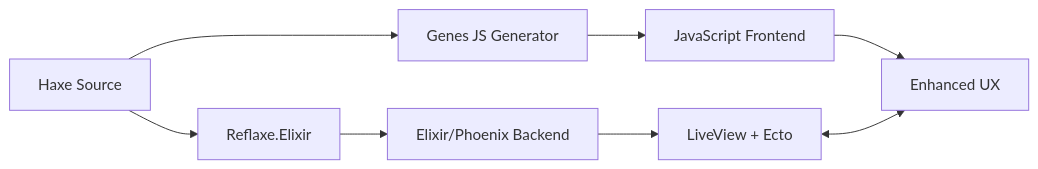
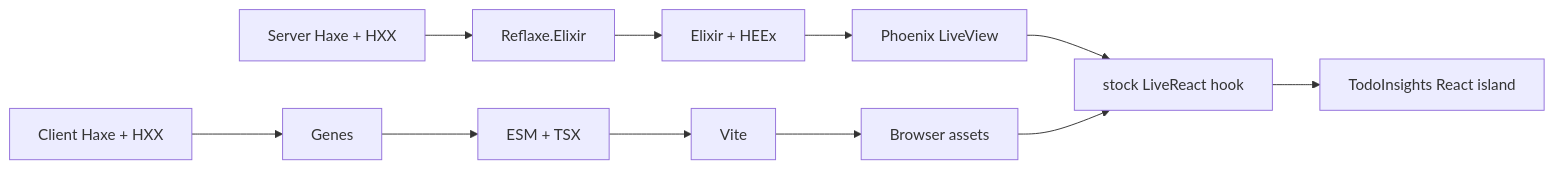
One commit to fullofcaffeine/reflaxe.elixir changed the diagram in examples/todo-app/README.md. Above: the diagram before and after it, drawn with Mermaid. The commit also changed other lines of this file and 137 other files, not shown here.

Commit message:
feat(phoenix): complete Haxe-first LiveReact canary

````diff
--- a/examples/todo-app/README.md
+++ b/examples/todo-app/README.md
@@ -231,10 +253,13 @@
 ```mermaid
 graph LR
-    A[Haxe Source] --> B[Reflaxe.Elixir]
-    A --> C[Genes JS Generator]
-    B --> D[Elixir/Phoenix Backend]
-    C --> E[JavaScript Frontend]
-    D --> F[LiveView + Ecto]
-    E --> G[Enhanced UX]
-    F <--> G
+    A[Server Haxe + HXX] --> B[Reflaxe.Elixir]
+    B --> C[Elixir + HEEx]
+    D[Client Haxe + HXX] --> E[Genes]
+    E --> F[ESM + TSX]
+    F --> G[Vite]
+    C --> H[Phoenix LiveView]
+    G --> I[Browser assets]
+    H --> J[stock LiveReact hook]
+    I --> J
+    J --> K[TodoInsights React island]
 ```
````
